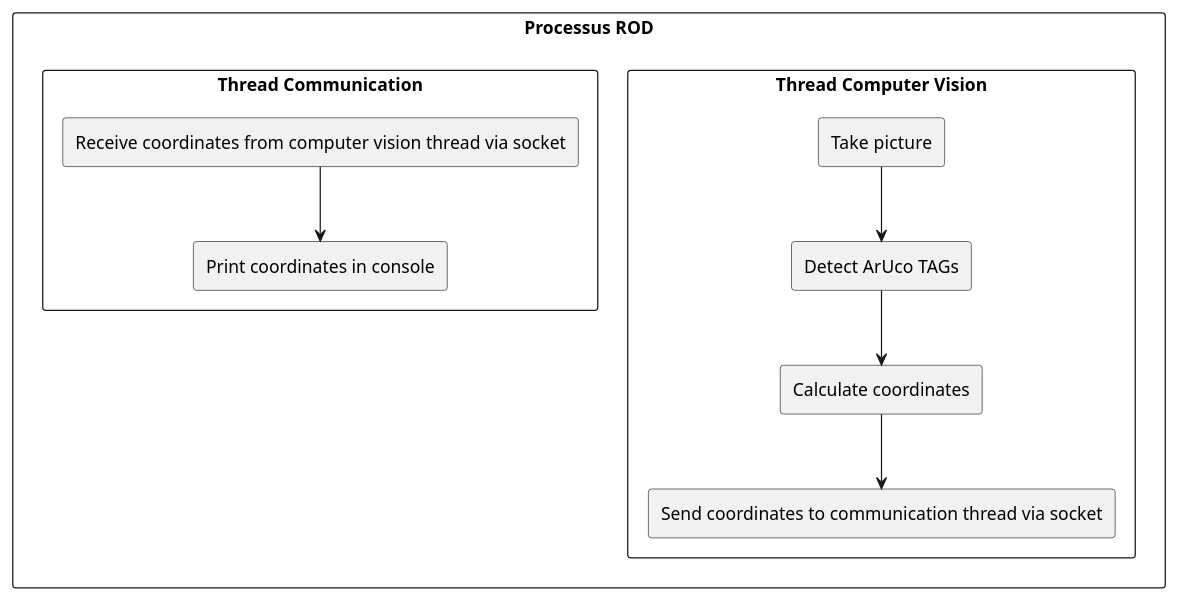
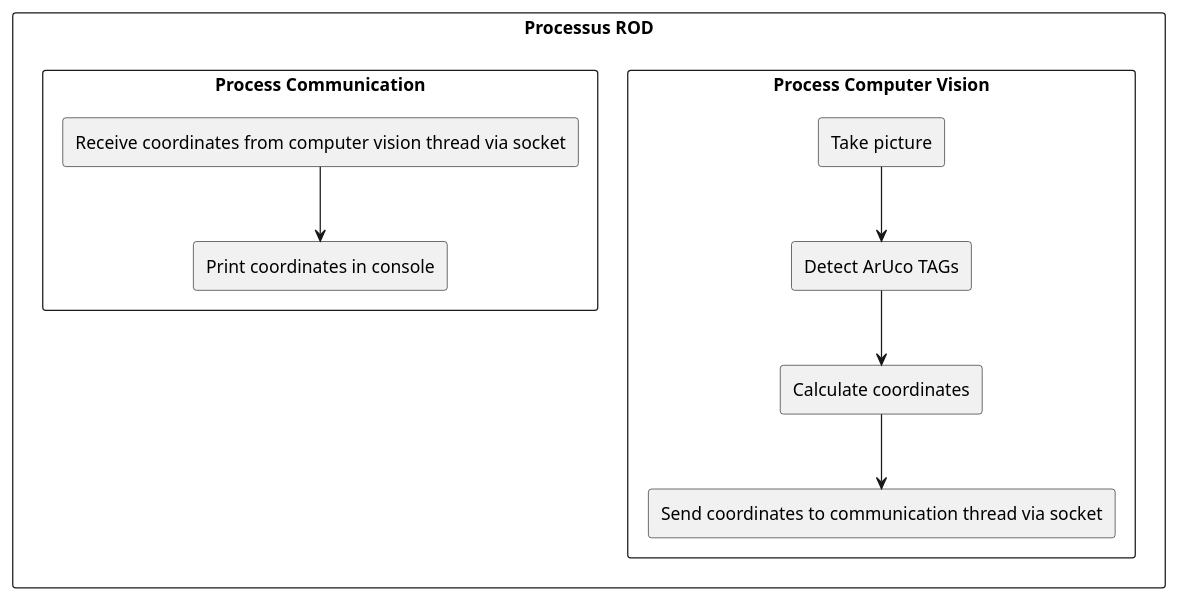
One commit to noegame/ROD changed the diagram in rod_c/README.md. Above: the diagram before and after it, drawn with PlantUML.

Commit message:
not thread but process

````diff
--- a/rod_c/README.md
+++ b/rod_c/README.md
@@ -24,24 +24,24 @@
 ```plantuml
 rectangle "Processus ROD" {
-    rectangle "Thread Computer Vision" {
+    rectangle "Process Computer Vision" {
         rectangle "Take picture" as Take_picture {
         }
         rectangle "Detect ArUco TAGs" as Detect_ArUco_TAGs {
         }
         rectangle "Calculate coordinates" as Calculate_coordinates {
         }
         rectangle "Send coordinates to communication thread via socket" as socket{
         }
         Take_picture            --> Detect_ArUco_TAGs
         Detect_ArUco_TAGs       --> Calculate_coordinates
         Calculate_coordinates   --> socket
     }
-    rectangle "Thread Communication" {
+    rectangle "Process Communication" {
         rectangle "Receive coordinates from computer vision thread via socket" as receive_socket {
         }
         rectangle "Print coordinates in console" as print_coordinates {
         }
         receive_socket         --> print_coordinates
     }
 }
 ```
````
